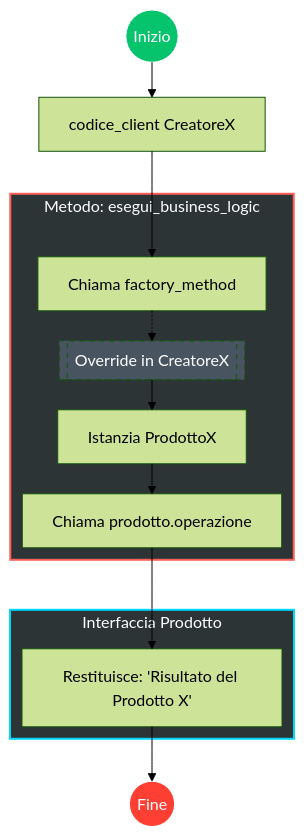
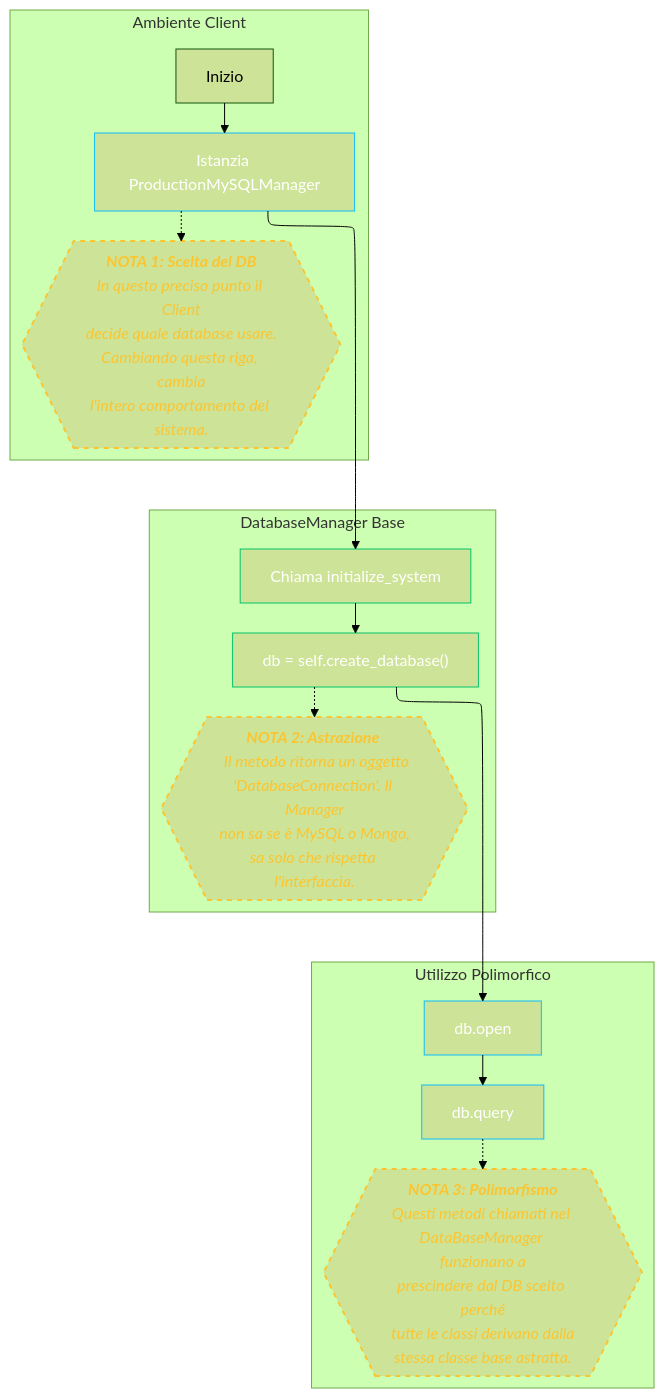
One commit to lucadileo9/design-pattern changed the third of 3 diagrams in 01_creational/factory/README.md. Above: the diagram before and after it, drawn with Mermaid (forest theme). The commit also changed other lines of this file, not shown here.

Commit message:
refactor(factory): update diagrams

````diff
--- a/01_creational/factory/README.md
+++ b/01_creational/factory/README.md
@@ -103,33 +147,45 @@
 ```mermaid
 %%{init: {"layout": "elk"}}%%
-graph TD
-    %% Nodi Principali
-    Start((Inizio)) --> Client[codice_client CreatoreX]
-    
-    subgraph Esecuzione_Creatore [Metodo: esegui_business_logic]
+graph 
+    %% Definizione Stili Note
+    classDef note style fill:#2f3640,stroke:#fbc531,stroke-width:2px,stroke-dasharray: 5 5,color:#fbc531,font-style:italic;
+    classDef action style fill:#2d3436,stroke:#0fbcf9,color:#fff;
+    classDef logic style fill:#2d3436,stroke:#05c46b,color:#fff;
+
+    subgraph Client_Space [Ambiente Client]
         direction TB
-        CallFM[Chiama factory_method]
-        NoteFM[[Override in CreatoreX]]
-        CreateObj[Istanzia ProdottoX]
-        WorkObj[Chiama prodotto.operazione]
+        A[Inizio] --> B[Istanzia ProductionMySQLManager]
+        
+        %% NOTA 1
+        N1{{<b>NOTA 1: Scelta del DB</b><br/>In questo preciso punto il Client<br/>decide quale database usare.<br/>Cambiando questa riga, cambia<br/>l'intero comportamento del sistema.}}
+        B -.-> N1
     end
 
-    Client --> CallFM
-    CallFM -.-> NoteFM
-    NoteFM --> CreateObj
-    CreateObj --> WorkObj
-    
-    subgraph Risultato [Interfaccia Prodotto]
-        Result[Restituisce: 'Risultato del Prodotto X']
+    subgraph Manager_Logic [DatabaseManager Base]
+        direction TB
+        C[Chiama initialize_system] --> D["db = self.create_database()"]
+        
+        %% NOTA 2
+        N2{{<b>NOTA 2: Astrazione </b><br/> Il metodo ritorna un oggetto<br/>'DatabaseConnection'. Il Manager<br/>non sa se è MySQL o Mongo,<br/>sa solo che rispetta l'interfaccia.}}
+        D -.-> N2
     end
 
-    WorkObj --> Result
-    Result --> End((Fine))
+    subgraph Operation [Utilizzo Polimorfico]
+        direction TB
+        H[db.open] --> I[db.query]
+        
+        %% NOTA 3
+        N3{{<b>NOTA 3: Polimorfismo</b><br/>Questi metodi chiamati nel DataBaseManager funzionano a<br/>prescindere dal DB scelto perché<br/>tutte le classi derivano dalla<br/>stessa classe base astratta.}}
+        I -.-> N3
+    end
 
-    %% Styling Professionale
-    style Start fill:#05c46b,stroke:#fff,color:#fff
-    style End fill:#ff3f34,stroke:#fff,color:#fff
-    style Esecuzione_Creatore fill:#2d3436,stroke:#ff5e57,stroke-width:2px,color:#fff
-    style Risultato fill:#2d3436,stroke:#00d8ff,stroke-width:2px,color:#fff
-    style NoteFM fill:#485460,stroke-dasharray: 5 5,color:#fff
+    %% Collegamenti tra i blocchi
+    B --> C
+    D --> H
+
+    %% Assegnazione Classi
+    class B,H,I action;
+    class C,D logic;
+    class N1,N2,N3 note;
+
 ```
````
